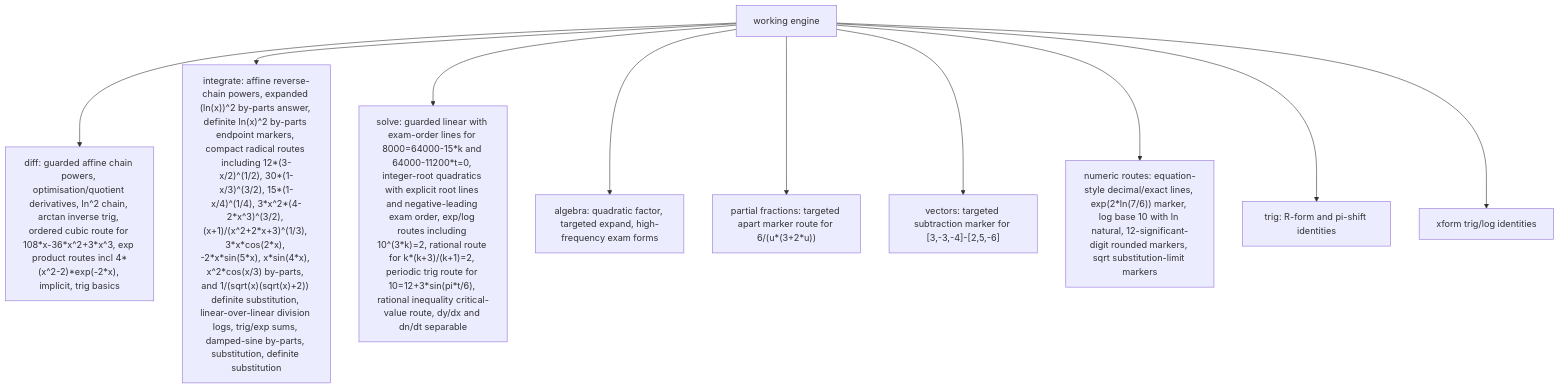
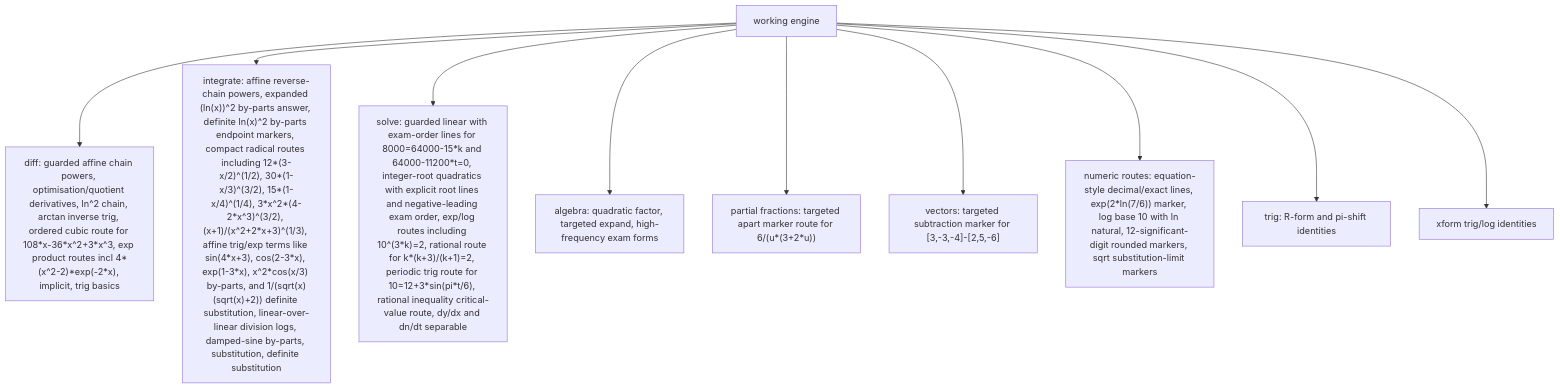
The third of 6 diagrams in docs/GRAPH.md (james8464/notes-addin-casio-fx-cg50), drawn with Mermaid before and after one commit. The commit also changed other lines of this file and 10 other files, not shown here.

Commit message:
add affine trig integration route

````diff
--- a/docs/GRAPH.md
+++ b/docs/GRAPH.md
@@ -36,12 +36,12 @@
 ```mermaid
 graph TD
   Work["working engine"] --> Diff["diff: guarded affine chain powers, optimisation/quotient derivatives, ln^2 chain, arctan inverse trig, ordered cubic route for 108*x-36*x^2+3*x^3, exp product routes incl 4*(x^2-2)*exp(-2*x), implicit, trig basics"]
-  Work --> Int["integrate: affine reverse-chain powers, expanded (ln(x))^2 by-parts answer, definite ln(x)^2 by-parts endpoint markers, compact radical routes including 12*(3-x/2)^(1/2), 30*(1-x/3)^(3/2), 15*(1-x/4)^(1/4), 3*x^2*(4-2*x^3)^(3/2), (x+1)/(x^2+2*x+3)^(1/3), 3*x*cos(2*x), -2*x*sin(5*x), x*sin(4*x), x^2*cos(x/3) by-parts, and 1/(sqrt(x)(sqrt(x)+2)) definite substitution, linear-over-linear division logs, trig/exp sums, damped-sine by-parts, substitution, definite substitution"]
+  Work --> Int["integrate: affine reverse-chain powers, expanded (ln(x))^2 by-parts answer, definite ln(x)^2 by-parts endpoint markers, compact radical routes including 12*(3-x/2)^(1/2), 30*(1-x/3)^(3/2), 15*(1-x/4)^(1/4), 3*x^2*(4-2*x^3)^(3/2), (x+1)/(x^2+2*x+3)^(1/3), affine trig/exp terms like sin(4*x+3), cos(2-3*x), exp(1-3*x), x^2*cos(x/3) by-parts, and 1/(sqrt(x)(sqrt(x)+2)) definite substitution, linear-over-linear division logs, damped-sine by-parts, substitution, definite substitution"]
   Work --> Solve["solve: guarded linear with exam-order lines for 8000=64000-15*k and 64000-11200*t=0, integer-root quadratics with explicit root lines and negative-leading exam order, exp/log routes including 10^(3*k)=2, rational route for k*(k+3)/(k+1)=2, periodic trig route for 10=12+3*sin(pi*t/6), rational inequality critical-value route, dy/dx and dn/dt separable"]
   Work --> Alg["algebra: quadratic factor, targeted expand, high-frequency exam forms"]
   Work --> PF["partial fractions: targeted apart marker route for 6/(u*(3+2*u))"]
   Work --> Vec["vectors: targeted subtraction marker for [3,-3,-4]-[2,5,-6]"]
   Work --> Num["numeric routes: equation-style decimal/exact lines, exp(2*ln(7/6)) marker, log base 10 with ln natural, 12-significant-digit rounded markers, sqrt substitution-limit markers"]
   Work --> Trig["trig: R-form and pi-shift identities"]
   Work --> Xform["xform trig/log identities"]
 ```
````
